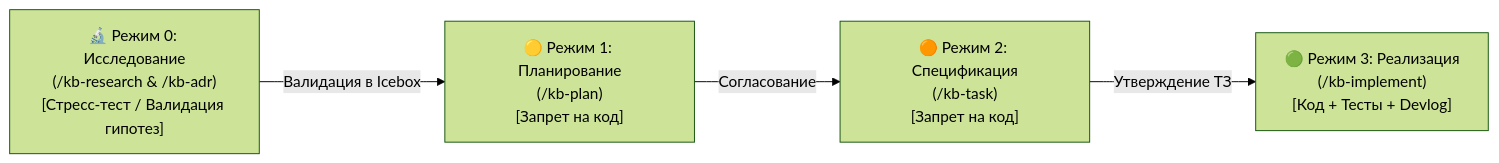
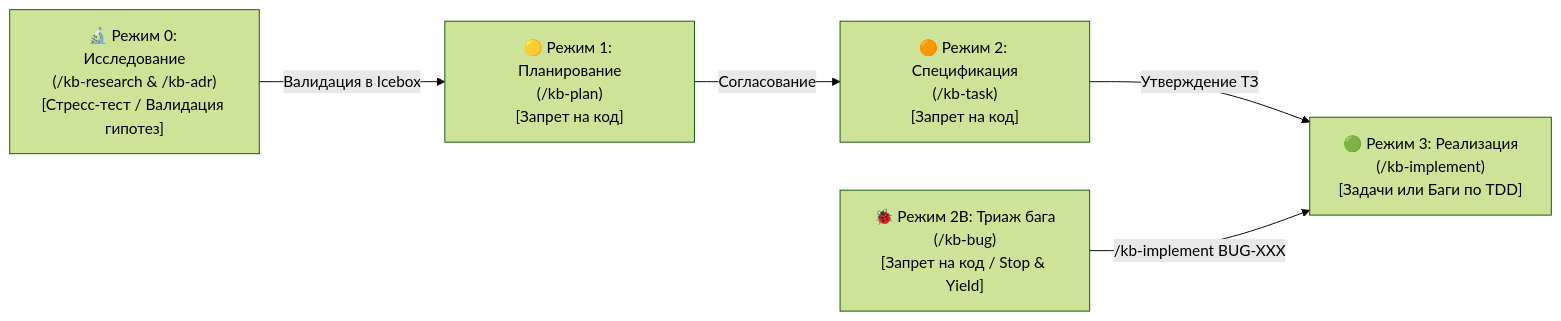
Before and after one commit to koudinie101-png/agent-docs-harness: the diagram in docs/Onboarding.md, drawn with Mermaid (forest theme). The commit also changed other lines of this file and 11 other files, not shown here.

````diff
--- a/docs/Onboarding.md
+++ b/docs/Onboarding.md
@@ -38,11 +38,13 @@
 ```mermaid
 flowchart LR
     Mode0["🔬 Режим 0: Исследование\n(/kb-research & /kb-adr)\n[Стресс-тест / Валидация гипотез]"]
     Mode1["🟡 Режим 1: Планирование\n(/kb-plan)\n[Запрет на код]"]
     Mode2["🟠 Режим 2: Спецификация\n(/kb-task)\n[Запрет на код]"]
-    Mode3["🟢 Режим 3: Реализация\n(/kb-implement)\n[Код + Тесты + Devlog]"]
+    Mode2B["🐞 Режим 2B: Триаж бага\n(/kb-bug)\n[Запрет на код / Stop & Yield]"]
+    Mode3["🟢 Режим 3: Реализация\n(/kb-implement)\n[Задачи или Баги по TDD]"]
 
     Mode0 -->|Валидация в Icebox| Mode1
     Mode1 -->|Согласование| Mode2
     Mode2 -->|Утверждение ТЗ| Mode3
+    Mode2B -->|/kb-implement BUG-XXX| Mode3
 ```
````
